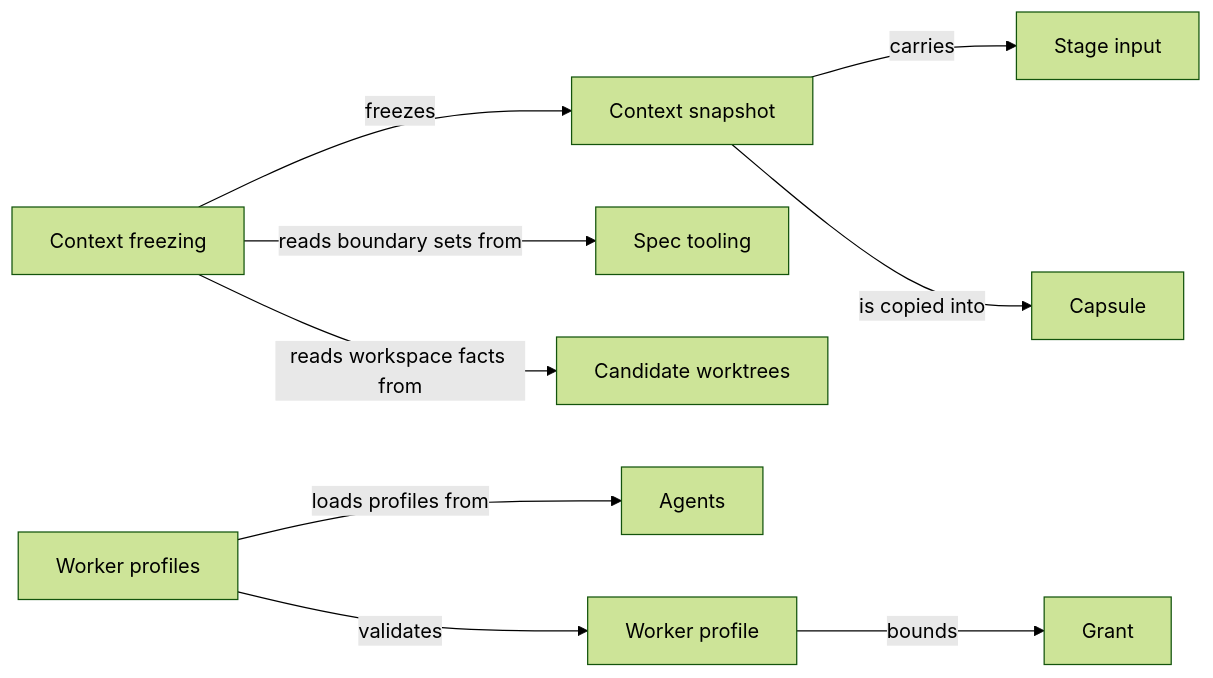
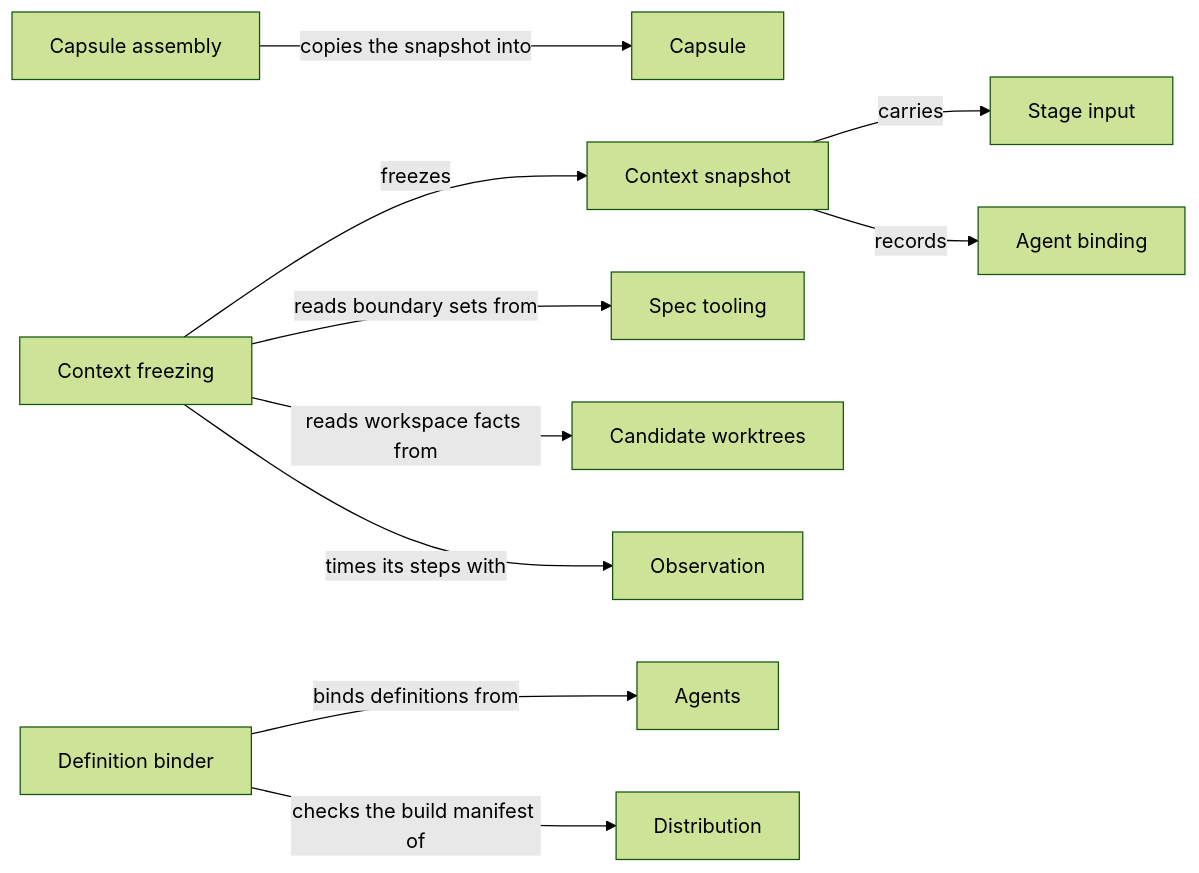
Before and after one commit to FTOD/concorde: the diagram in specs/concorde/harness/context/module.md, drawn with Mermaid (forest theme). The commit also changed other lines of this file and 213 other files, not shown here.

First line of the commit message:
Rewrite Concorde's Specs for the layered architecture

````diff
--- a/specs/concorde/harness/context/module.md
+++ b/specs/concorde/harness/context/module.md
@@ -157,23 +224,26 @@
 ```mermaid
 flowchart LR
     accTitle: Task context relationships
-    accDescr: Context freezing reads boundary sets from Spec and workspace facts from Candidate worktrees into a snapshot; worker profiles come from Agents and bound a grant.
+    accDescr: Context freezing reads boundary sets from Spec tooling and workspace facts from Candidate worktrees into a snapshot; the Agent binding binds an Agent definition from Agents; capsule assembly copies the snapshot into a capsule.
     freezing[Context freezing]
+    binding[Agent binding]
+    bindings[Definition binder]
+    capsules[Capsule assembly]
     snapshot[Context snapshot]
     stage[Stage input]
     capsule[Capsule]
-    profiles[Worker profiles]
-    profile[Worker profile]
-    grant[Grant]
     spec[Spec tooling]
     worktrees[Candidate worktrees]
     agents[Agents]
+    distribution[Distribution]
+    observation[Observation]
     freezing -->|freezes| snapshot
     freezing -->|reads boundary sets from| spec
     freezing -->|reads workspace facts from| worktrees
+    freezing -->|times its steps with| observation
     snapshot -->|carries| stage
-    snapshot -->|is copied into| capsule
-    profiles -->|loads profiles from| agents
-    profiles -->|validates| profile
-    profile -->|bounds| grant
+    snapshot -->|records| binding
+    bindings -->|binds definitions from| agents
+    bindings -->|checks the build manifest of| distribution
+    capsules -->|copies the snapshot into| capsule
 ```
````
